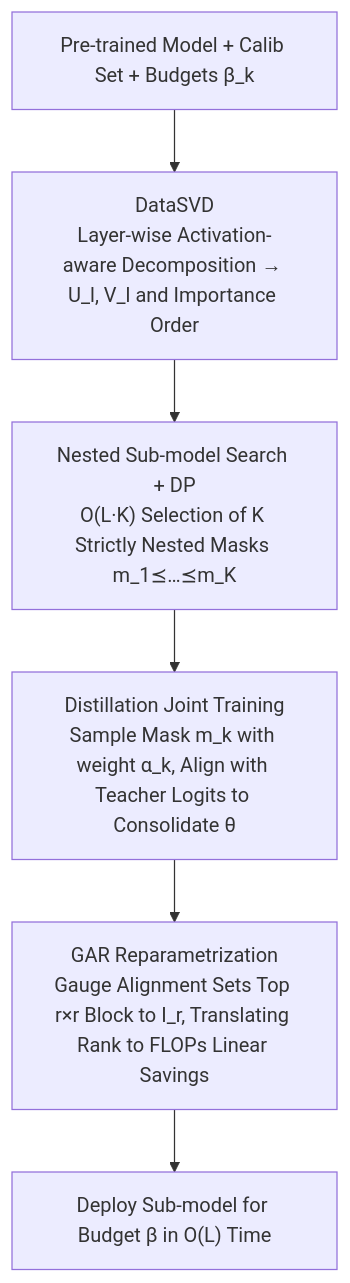
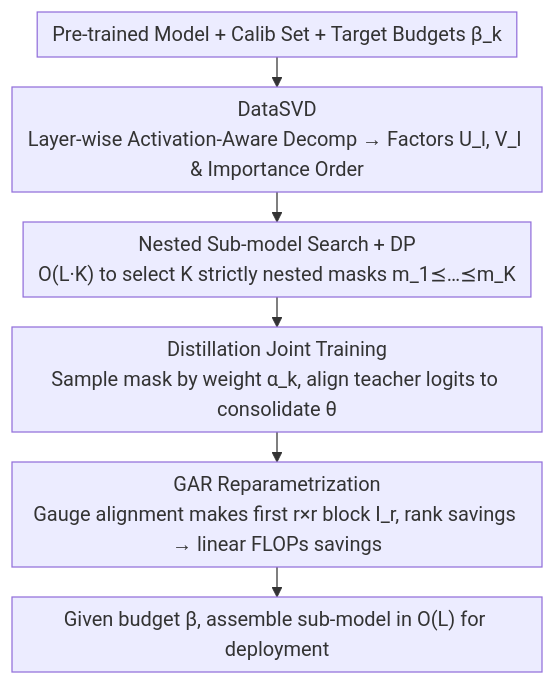
Before and after one commit to zhaoyang97/Paper-Notes-en: the diagram in docs/ICML2026/llm_pretraining/flexrank_nested_low-rank_knowledge_decomposition_for_adaptive_model_deployment.md, drawn with Mermaid. The commit also changed other lines of this file and 5084 other files, not shown here.

````diff
--- a/docs/ICML2026/llm_pretraining/flexrank_nested_low-rank_knowledge_decomposition_for_adaptive_model_deployment.md
+++ b/docs/ICML2026/llm_pretraining/flexrank_nested_low-rank_knowledge_decomposition_for_adaptive_model_deployment.md
@@ -43,8 +43,9 @@
 ```mermaid
-graph TD
-    A["Pre-trained Model + Calib Set + Budgets β_k"] --> B["DataSVD<br/>Layer-wise Activation-aware Decomposition → U_l, V_l and Importance Order"]
-    B --> C["Nested Sub-model Search + DP<br/>O(L·K) Selection of K Strictly Nested Masks m_1⪯…⪯m_K"]
-    C --> D["Distillation Joint Training<br/>Sample Mask m_k with weight α_k, Align with Teacher Logits to Consolidate θ"]
-    D --> E["GAR Reparametrization<br/>Gauge Alignment Sets Top r×r Block to I_r, Translating Rank to FLOPs Linear Savings"]
-    E --> F["Deploy Sub-model for Budget β in O(L) Time"]
+%%{init: {'flowchart': {'rankSpacing': 24, 'nodeSpacing': 28, 'padding': 6, 'wrappingWidth': 400}}}%%
+flowchart TD
+    A["Pre-trained Model + Calib Set + Target Budgets β_k"] --> B["DataSVD<br/>Layer-wise Activation-Aware Decomp → Factors U_l, V_l & Importance Order"]
+    B --> C["Nested Sub-model Search + DP<br/>O(L·K) to select K strictly nested masks m_1⪯…⪯m_K"]
+    C --> D["Distillation Joint Training<br/>Sample mask by weight α_k, align teacher logits to consolidate θ"]
+    D --> E["GAR Reparametrization<br/>Gauge alignment makes first r×r block I_r, rank savings → linear FLOPs savings"]
+    E --> F["Given budget β, assemble sub-model in O(L) for deployment"]
 ```
````
